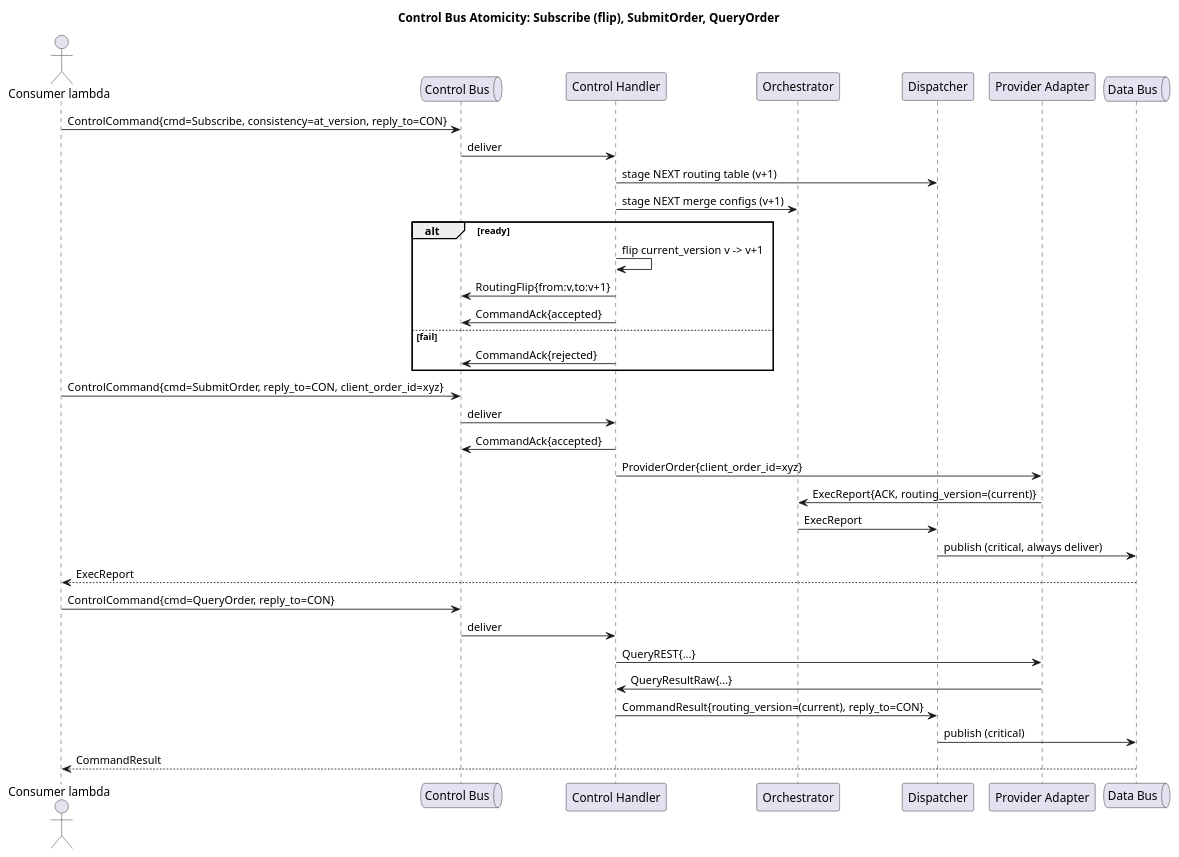
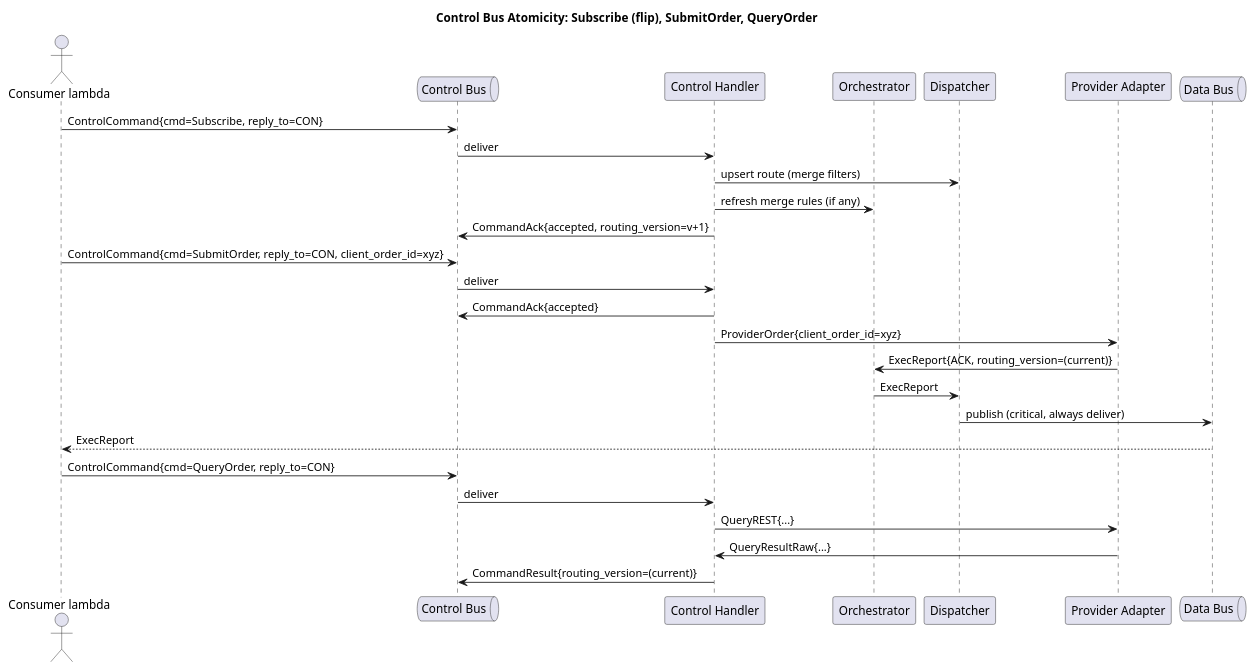
Before and after one commit to coachpo/meltica: the diagram in docs/diagrams/subscription-seq.puml, drawn with PlantUML. The commit also changed 25 other files, not shown here.

```diff
--- a/docs/diagrams/subscription-seq.puml
+++ b/docs/diagrams/subscription-seq.puml
@@ -1,43 +1,35 @@
 @startuml
 title Control Bus Atomicity: Subscribe (flip), SubmitOrder, QueryOrder
 
 actor "Consumer lambda" as CON
 queue "Control Bus" as CB
 participant "Control Handler" as Ctrl
 participant "Orchestrator" as Orc
 participant "Dispatcher" as Disp
 participant "Provider Adapter" as Prov
 queue "Data Bus" as DBus
 
-' Subscribe with atomic flip
-CON -> CB : ControlCommand{cmd=Subscribe, consistency=at_version, reply_to=CON}
+' Subscribe (no staging)
+CON -> CB : ControlCommand{cmd=Subscribe, reply_to=CON}
 CB -> Ctrl : deliver
-Ctrl -> Disp : stage NEXT routing table (v+1)
-Ctrl -> Orc : stage NEXT merge configs (v+1)
-alt ready
-  Ctrl -> Ctrl : flip current_version v -> v+1
-  Ctrl -> CB : RoutingFlip{from:v,to:v+1}
-  Ctrl -> CB : CommandAck{accepted}
-else fail
-  Ctrl -> CB : CommandAck{rejected}
-end
+Ctrl -> Disp : upsert route (merge filters)
+Ctrl -> Orc : refresh merge rules (if any)
+Ctrl -> CB : CommandAck{accepted, routing_version=v+1}
 
 ' Submit Order (immediate)
 CON -> CB : ControlCommand{cmd=SubmitOrder, reply_to=CON, client_order_id=xyz}
 CB -> Ctrl : deliver
 Ctrl -> CB : CommandAck{accepted}
 Ctrl -> Prov : ProviderOrder{client_order_id=xyz}
 Prov -> Orc : ExecReport{ACK, routing_version=(current)}
 Orc -> Disp : ExecReport
 Disp -> DBus : publish (critical, always deliver)
 DBus --> CON : ExecReport
 
 ' Query Order (immediate)
 CON -> CB : ControlCommand{cmd=QueryOrder, reply_to=CON}
 CB -> Ctrl : deliver
 Ctrl -> Prov : QueryREST{...}
 Prov -> Ctrl : QueryResultRaw{...}
-Ctrl -> Disp : CommandResult{routing_version=(current), reply_to=CON}
-Disp -> DBus : publish (critical)
-DBus --> CON : CommandResult
+Ctrl -> CB : CommandResult{routing_version=(current)}
 @enduml
```
